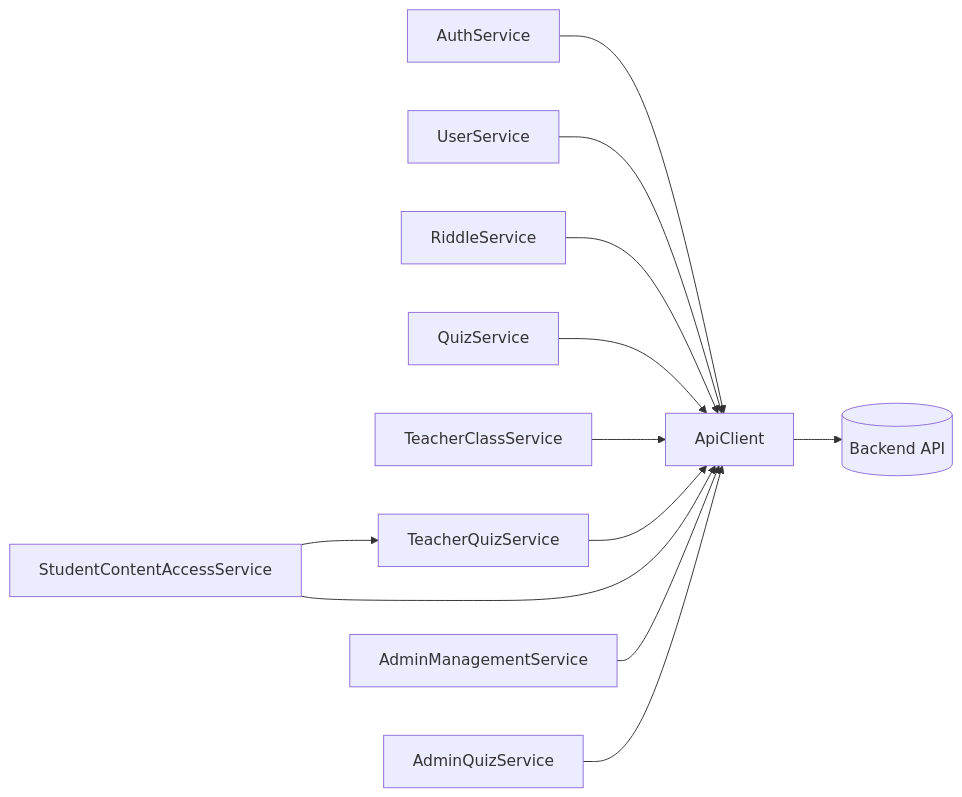
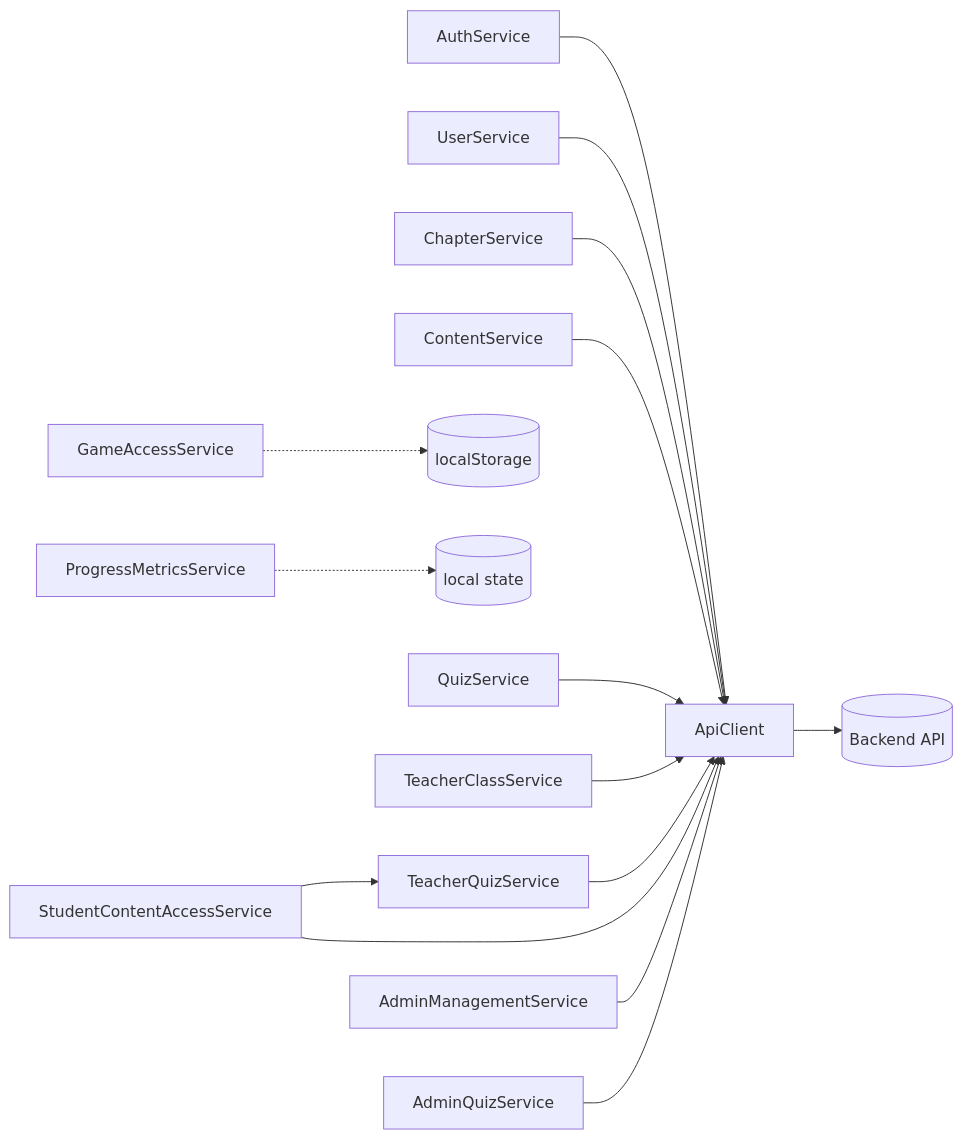
The diagram in .ai/architecture/frontend/services-api.md (Vassili-REGNIER/matheopolis), drawn with Mermaid before and after one commit. The commit also changed other lines of this file and 5 other files, not shown here.

````diff
--- a/.ai/architecture/frontend/services-api.md
+++ b/.ai/architecture/frontend/services-api.md
@@ -84,14 +86,17 @@
 ```mermaid
 flowchart LR
   AuthService --> ApiClient
   UserService --> ApiClient
-  RiddleService --> ApiClient
+  ChapterService --> ApiClient
+  ContentService --> ApiClient
+  GameAccessService -.-> LocalStorage[(localStorage)]
+  ProgressMetricsService -.-> LocalState[(local state)]
   QuizService --> ApiClient
   TeacherClassService --> ApiClient
   TeacherQuizService --> ApiClient
   StudentContentAccessService --> ApiClient
   StudentContentAccessService --> TeacherQuizService
   AdminManagementService --> ApiClient
   AdminQuizService --> ApiClient
   ApiClient --> Backend[(Backend API)]
 ```
````
